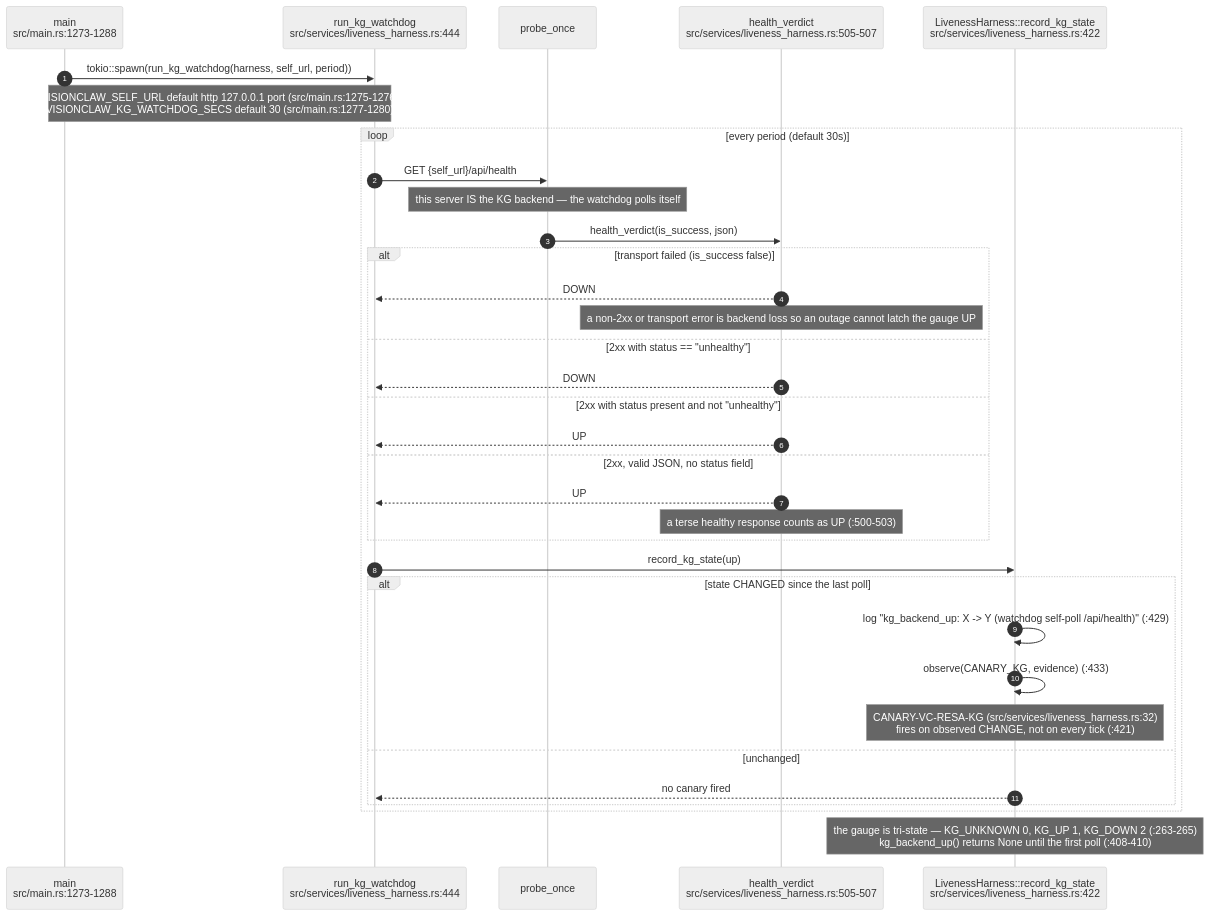
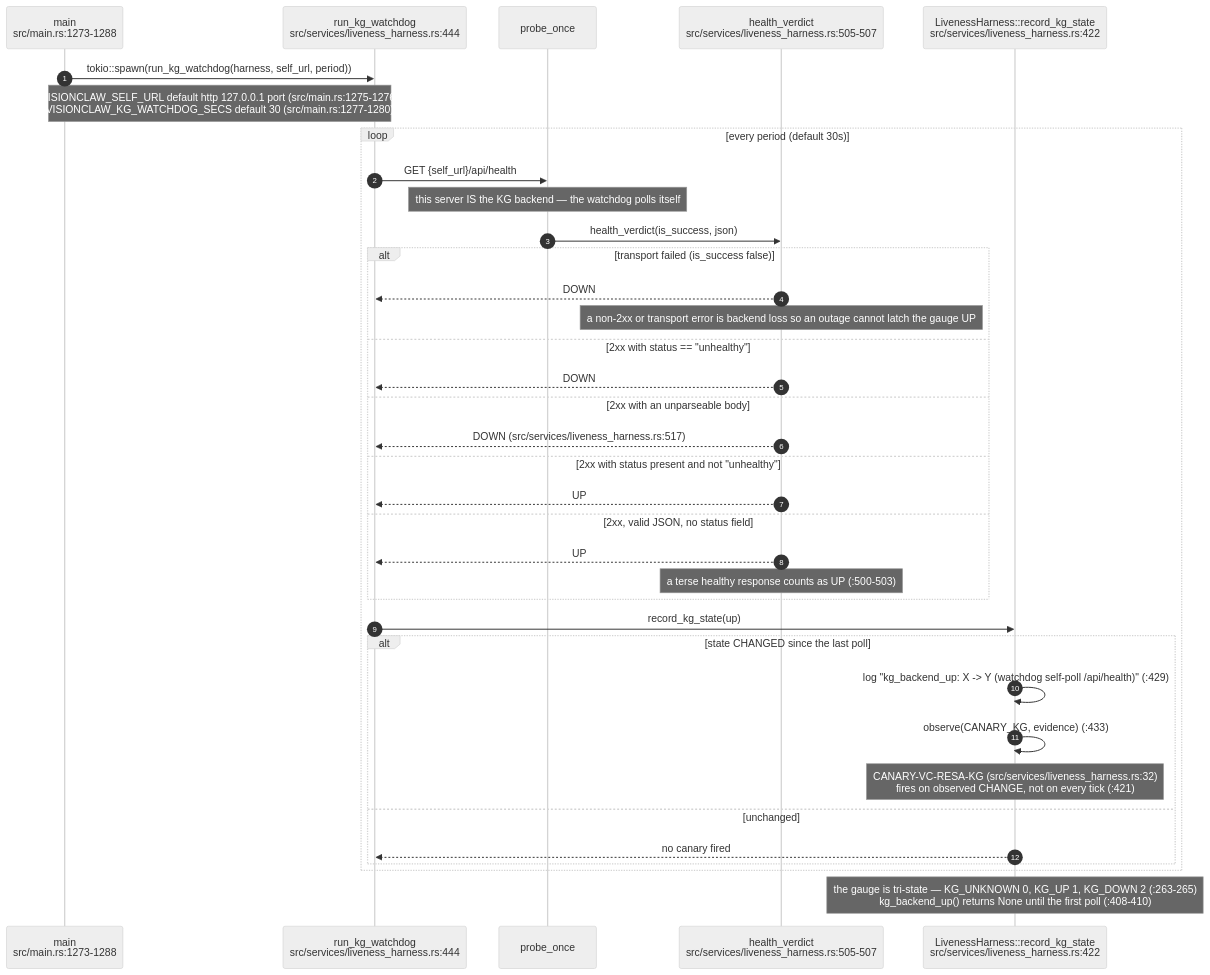
The second of 9 diagrams in docs/diagrams/visionclaw/08-observability-health-and-dev-loop.md (DreamLab-AI/VisionFlow), drawn with Mermaid (neutral theme) before and after one commit. The commit also changed other lines of this file and 173 other files, not shown here.

````diff
--- a/docs/diagrams/visionclaw/08-observability-health-and-dev-loop.md
+++ b/docs/diagrams/visionclaw/08-observability-health-and-dev-loop.md
@@ -67,37 +68,39 @@
 ```mermaid
 sequenceDiagram
     autonumber
     participant M as main<br/>src/main.rs:1273-1288
     participant W as run_kg_watchdog<br/>src/services/liveness_harness.rs:444
     participant P as probe_once
     participant V as health_verdict<br/>src/services/liveness_harness.rs:505-507
     participant H as LivenessHarness::record_kg_state<br/>src/services/liveness_harness.rs:422
 
     M->>W: tokio::spawn(run_kg_watchdog(harness, self_url, period))
     Note over M,W: VISIONCLAW_SELF_URL default http 127.0.0.1 port (src/main.rs:1275-1276)<br/>VISIONCLAW_KG_WATCHDOG_SECS default 30 (src/main.rs:1277-1280)
     loop every period (default 30s)
         W->>P: GET {self_url}/api/health
         Note over P: this server IS the KG backend — the watchdog polls itself
         P->>V: health_verdict(is_success, json)
         alt transport failed (is_success false)
             V-->>W: DOWN
             Note over V: a non-2xx or transport error is backend loss so an outage cannot latch the gauge UP
         else 2xx with status == "unhealthy"
             V-->>W: DOWN
+        else 2xx with an unparseable body
+            V-->>W: DOWN (src/services/liveness_harness.rs:517)
         else 2xx with status present and not "unhealthy"
             V-->>W: UP
         else 2xx, valid JSON, no status field
             V-->>W: UP
             Note over V: a terse healthy response counts as UP (:500-503)
         end
         W->>H: record_kg_state(up)
         alt state CHANGED since the last poll
             H->>H: log "kg_backend_up: X -> Y (watchdog self-poll /api/health)" (:429)
             H->>H: observe(CANARY_KG, evidence) (:433)
             Note over H: CANARY-VC-RESA-KG (src/services/liveness_harness.rs:32)<br/>fires on observed CHANGE, not on every tick (:421)
         else unchanged
             H-->>W: no canary fired
         end
     end
     Note over H: the gauge is tri-state — KG_UNKNOWN 0, KG_UP 1, KG_DOWN 2 (:263-265)<br/>kg_backend_up() returns None until the first poll (:408-410)
 ```
````
